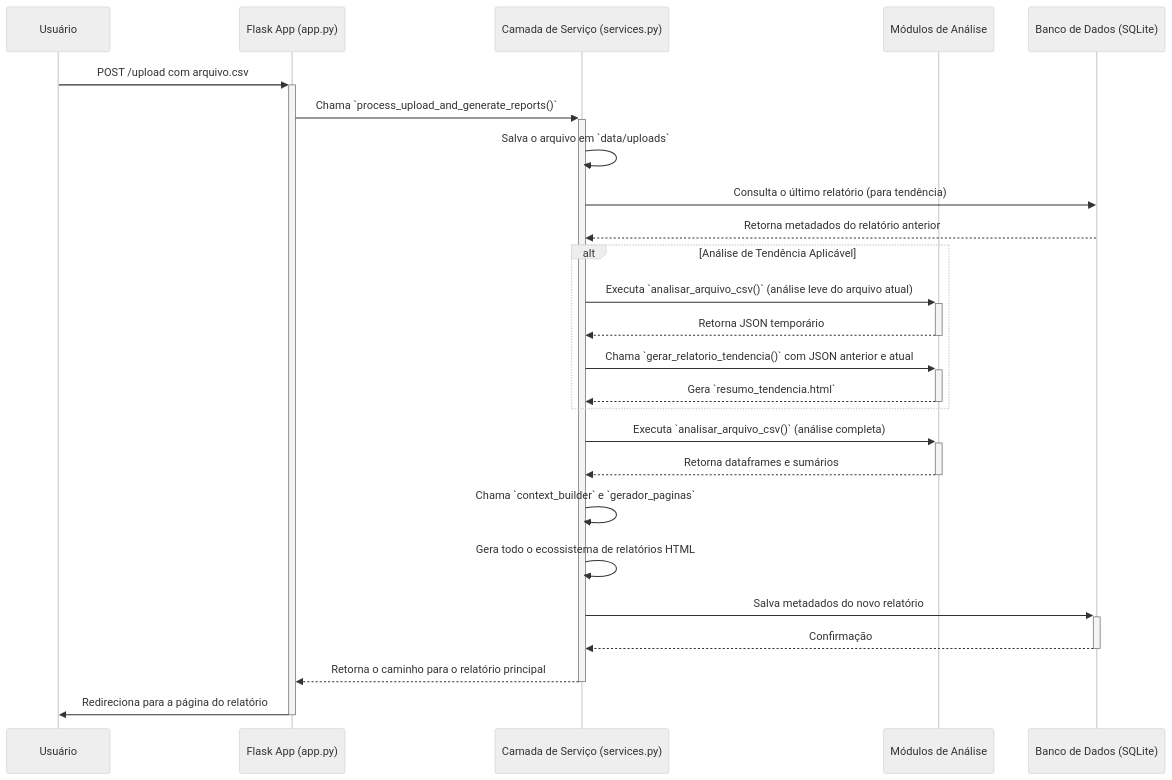
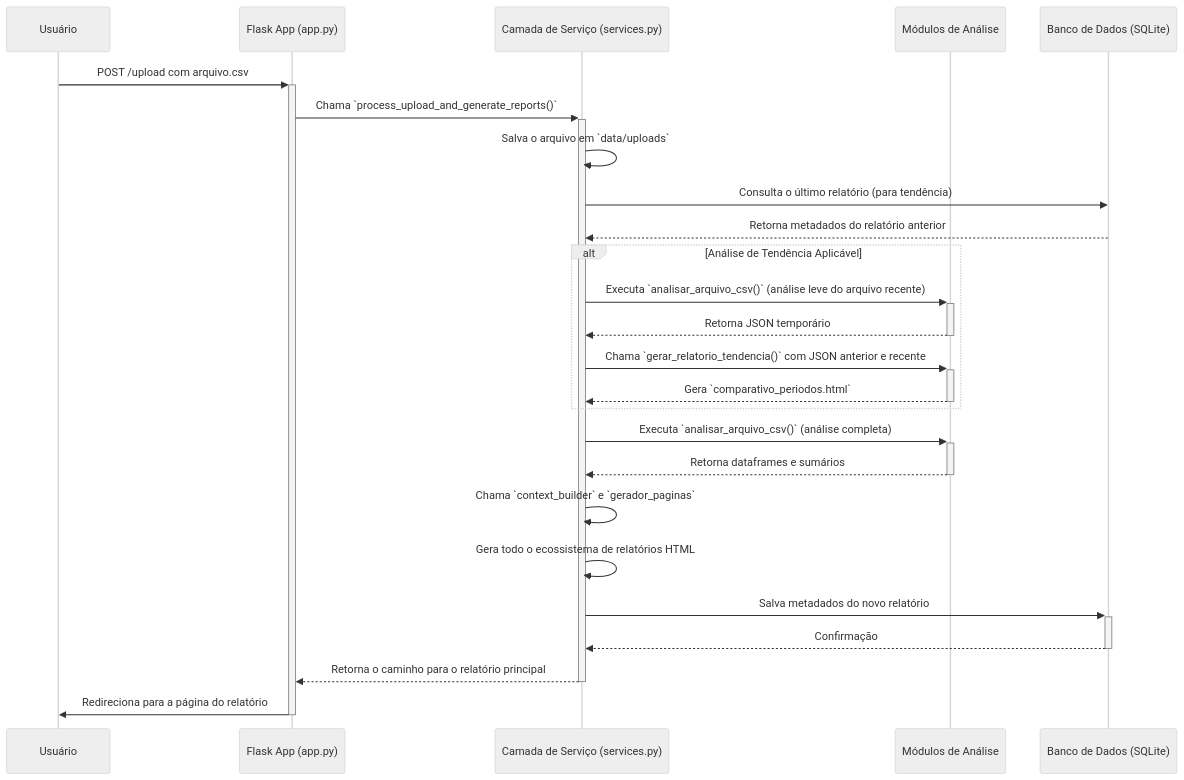
The second of 2 diagrams in ARCHITECTURE.md (leonardosete/meu-dash), drawn with Mermaid (neutral theme) before and after one commit. The commit also changed other lines of this file and 35 other files, not shown here.

````diff
--- a/ARCHITECTURE.md
+++ b/ARCHITECTURE.md
@@ -75,32 +75,32 @@
 ```mermaid
 sequenceDiagram
     participant User as Usuário
     participant App as Flask App (app.py)
     participant Service as Camada de Serviço (services.py)
     participant Analysis as Módulos de Análise
     participant DB as Banco de Dados (SQLite)
 
     User->>+App: POST /upload com arquivo.csv
     App->>+Service: Chama `process_upload_and_generate_reports()`
     Service->>Service: Salva o arquivo em `data/uploads`
     Service->>DB: Consulta o último relatório (para tendência)
     DB-->>Service: Retorna metadados do relatório anterior
     
     alt Análise de Tendência Aplicável
-        Service->>+Analysis: Executa `analisar_arquivo_csv()` (análise leve do arquivo atual)
+        Service->>+Analysis: Executa `analisar_arquivo_csv()` (análise leve do arquivo recente)
         Analysis-->>-Service: Retorna JSON temporário
-        Service->>+Analysis: Chama `gerar_relatorio_tendencia()` com JSON anterior e atual
-        Analysis-->>-Service: Gera `resumo_tendencia.html`
+        Service->>+Analysis: Chama `gerar_relatorio_tendencia()` com JSON anterior e recente
+        Analysis-->>-Service: Gera `comparativo_periodos.html`
     end
 
     Service->>+Analysis: Executa `analisar_arquivo_csv()` (análise completa)
     Analysis-->>-Service: Retorna dataframes e sumários
     Service->>Service: Chama `context_builder` e `gerador_paginas`
     Service->>Service: Gera todo o ecossistema de relatórios HTML
     
     Service->>+DB: Salva metadados do novo relatório
     DB-->>-Service: Confirmação
     
     Service-->>-App: Retorna o caminho para o relatório principal
     App->>-User: Redireciona para a página do relatório
 ```
````
